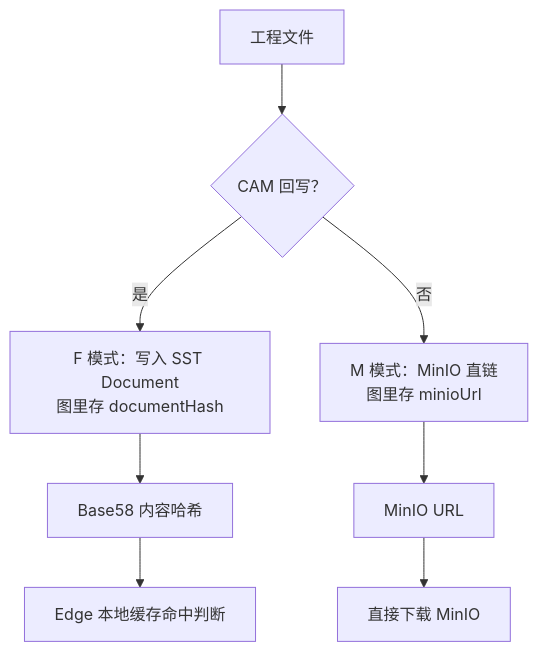
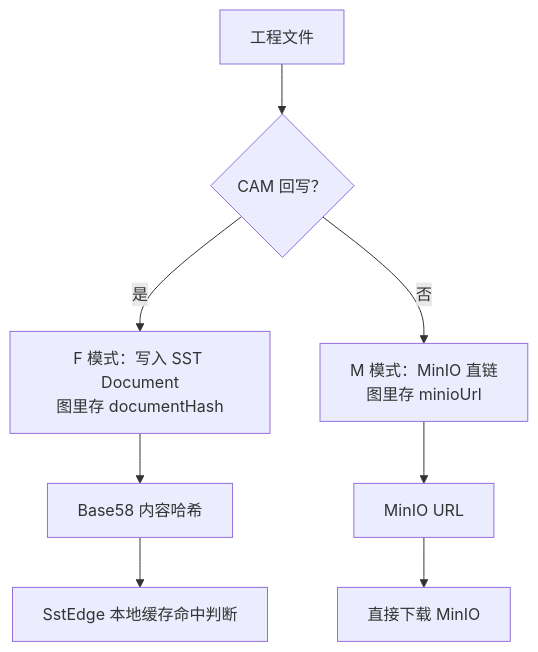
One commit to lyuliuyan/sst-core changed the fourth of 8 diagrams in .qoder/repowiki/zh/content/部署指南/CircuitCAM与CoCollaWorking集成方案.md. Above: the diagram before and after it, drawn with Mermaid. The commit also changed other lines of this file and 1 other file, not shown here.

````diff
--- a/.qoder/repowiki/zh/content/部署指南/CircuitCAM与CoCollaWorking集成方案.md
+++ b/.qoder/repowiki/zh/content/部署指南/CircuitCAM与CoCollaWorking集成方案.md
@@ -147,10 +154,10 @@
 ```mermaid
 flowchart TD
 File["工程文件"] --> Mode{"CAM 回写？"}
 Mode --> |是| F["F 模式：写入 SST Document<br/>图里存 documentHash"]
 Mode --> |否| M["M 模式：MinIO 直链<br/>图里存 minioUrl"]
 F --> Hash["Base58 内容哈希"]
 M --> Url["MinIO URL"]
-Hash --> Cache["Edge 本地缓存命中判断"]
+Hash --> Cache["SstEdge 本地缓存命中判断"]
 Url --> Download["直接下载 MinIO"]
 ```
````
